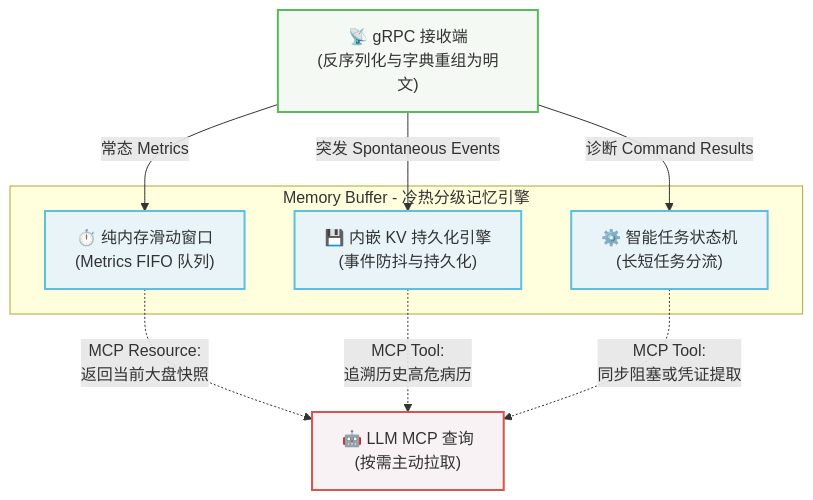
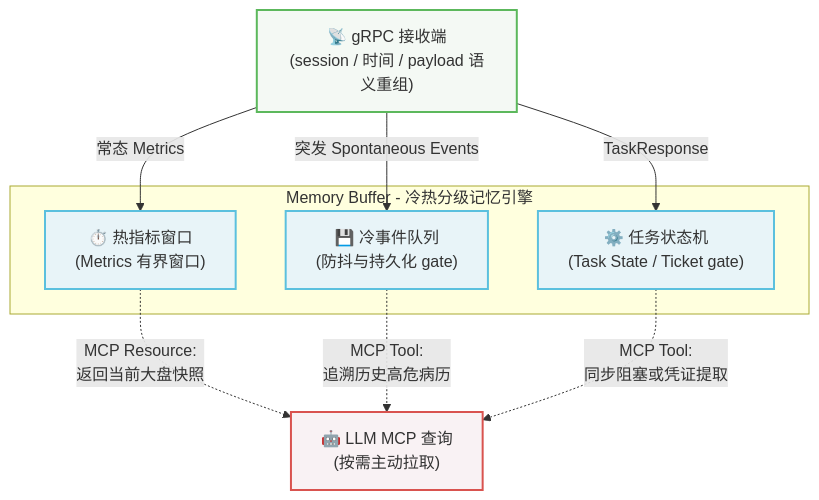
The diagram in guide/server-state.md (riyueshan/Deepsight), drawn with Mermaid before and after one commit. The commit also changed other lines of this file and 32 other files, not shown here.

````diff
--- a/guide/server-state.md
+++ b/guide/server-state.md
@@ -14,28 +14,28 @@
 ```mermaid
 graph TD
     %% 定义样式
     classDef grpc fill:#f4f9f4,stroke:#5cb85c,stroke-width:2px;
     classDef buffer fill:#e8f4f8,stroke:#5bc0de,stroke-width:2px;
     classDef llm fill:#f9f2f4,stroke:#d9534f,stroke-width:2px;
 
     %% 节点
-    RPC["📡 gRPC 接收端\n(反序列化与字典重组为明文)"]:::grpc
-    
+    RPC["📡 gRPC 接收端\n(session / 时间 / payload 语义重组)"]:::grpc
+
     subgraph Buffer["Memory Buffer - 冷热分级记忆引擎"]
-        B1["⏱️ 纯内存滑动窗口\n(Metrics FIFO 队列)"]:::buffer
-        B2["💾 内嵌 KV 持久化引擎\n(事件防抖与持久化)"]:::buffer
-        B3["⚙️ 智能任务状态机\n(长短任务分流)"]:::buffer
+        B1["⏱️ 热指标窗口\n(Metrics 有界窗口)"]:::buffer
+        B2["💾 冷事件队列\n(防抖与持久化 gate)"]:::buffer
+        B3["⚙️ 任务状态机\n(Task State / Ticket gate)"]:::buffer
     end
-    
+
     LLM_Query["🤖 LLM MCP 查询\n(按需主动拉取)"]:::llm
 
     %% 数据分发逻辑
     RPC -->|常态 Metrics| B1
     RPC -->|突发 Spontaneous Events| B2
-    RPC -->|诊断 Command Results| B3
+    RPC -->|TaskResponse| B3
 
     %% LLM 拉取逻辑
     B1 -.->|MCP Resource:\n返回当前大盘快照| LLM_Query
     B2 -.->|MCP Tool:\n追溯历史高危病历| LLM_Query
     B3 -.->|MCP Tool:\n同步阻塞或凭证提取| LLM_Query
 ```
````
